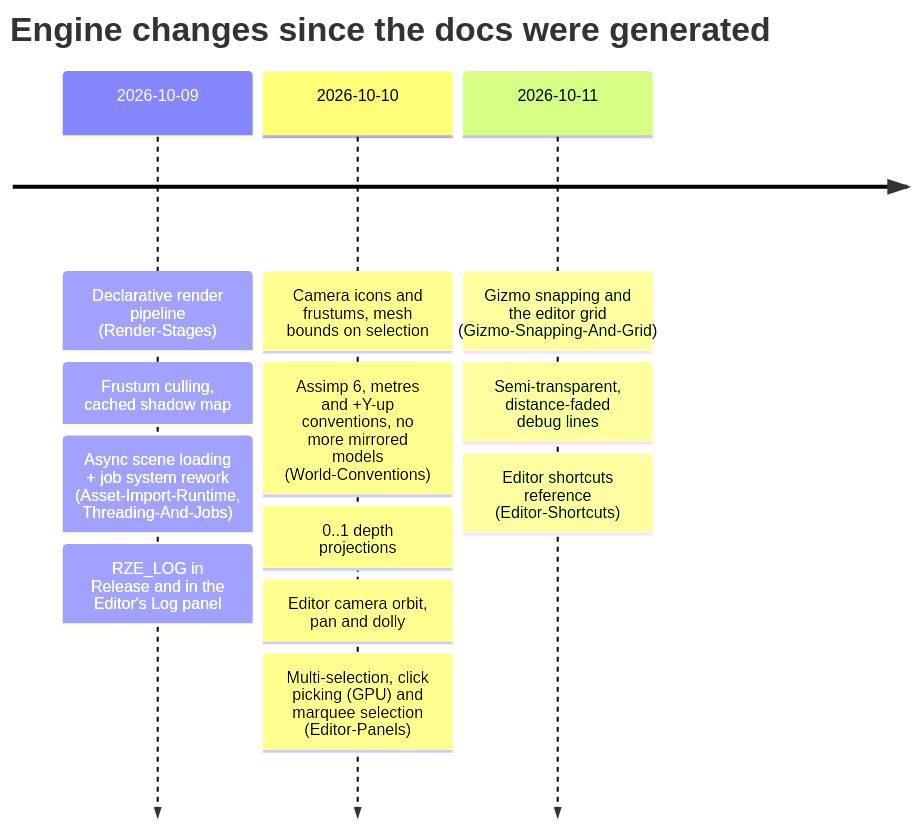
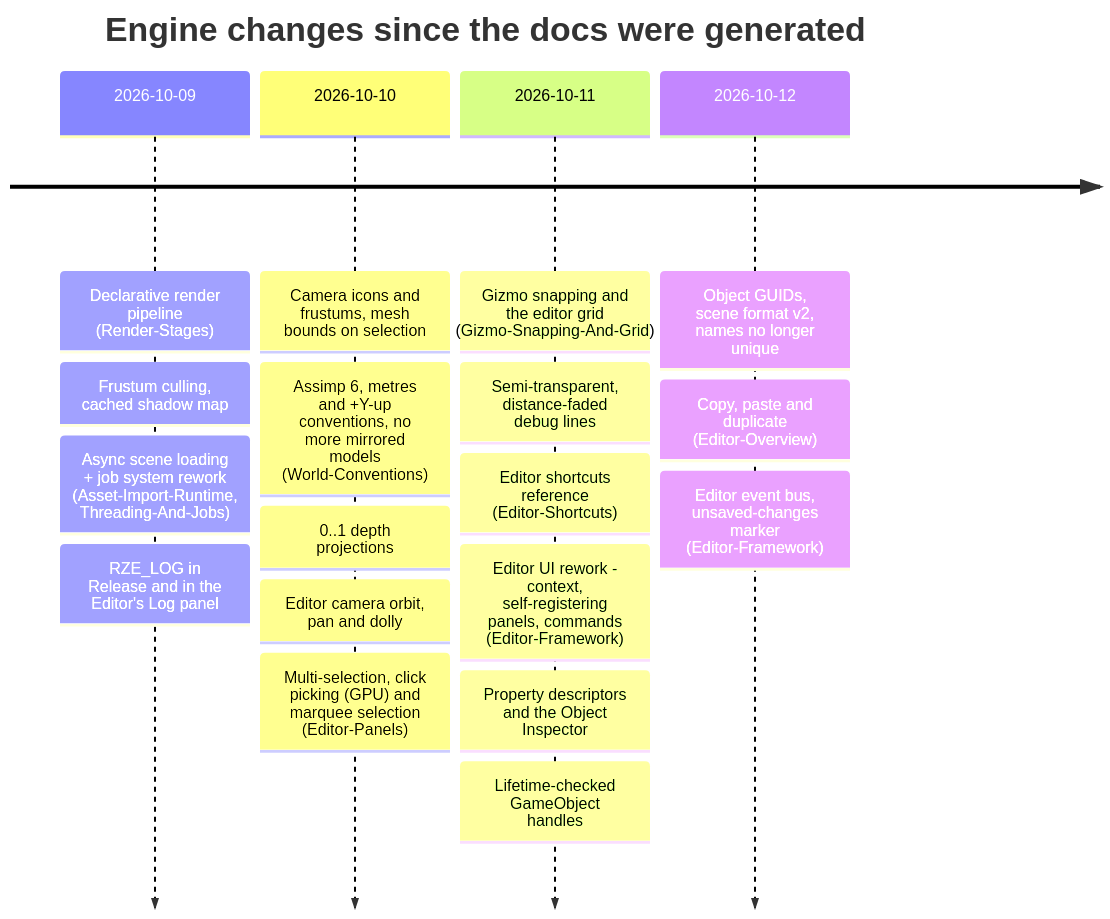
Before and after one commit to b1nary0/RZE: the third of 3 diagrams in Docs/Generated/Engine/index.md, drawn with Mermaid. The commit also changed other lines of this file and 18 other files, not shown here.

````diff
--- a/Docs/Generated/Engine/index.md
+++ b/Docs/Generated/Engine/index.md
@@ -86,16 +86,22 @@
 ```mermaid
 timeline
     title Engine changes since the docs were generated
     2026-10-09 : Declarative render pipeline (Render-Stages)
                : Frustum culling, cached shadow map
                : Async scene loading + job system rework (Asset-Import-Runtime, Threading-And-Jobs)
                : RZE_LOG in Release and in the Editor's Log panel
     2026-10-10 : Camera icons and frustums, mesh bounds on selection
                : Assimp 6, metres and +Y-up conventions, no more mirrored models (World-Conventions)
                : 0..1 depth projections
                : Editor camera orbit, pan and dolly
                : Multi-selection, click picking (GPU) and marquee selection (Editor-Panels)
     2026-10-11 : Gizmo snapping and the editor grid (Gizmo-Snapping-And-Grid)
                : Semi-transparent, distance-faded debug lines
                : Editor shortcuts reference (Editor-Shortcuts)
+               : Editor UI rework - context, self-registering panels, commands (Editor-Framework)
+               : Property descriptors and the Object Inspector
+               : Lifetime-checked GameObject handles
+    2026-10-12 : Object GUIDs, scene format v2, names no longer unique
+               : Copy, paste and duplicate (Editor-Overview)
+               : Editor event bus, unsaved-changes marker (Editor-Framework)
 ```
````
